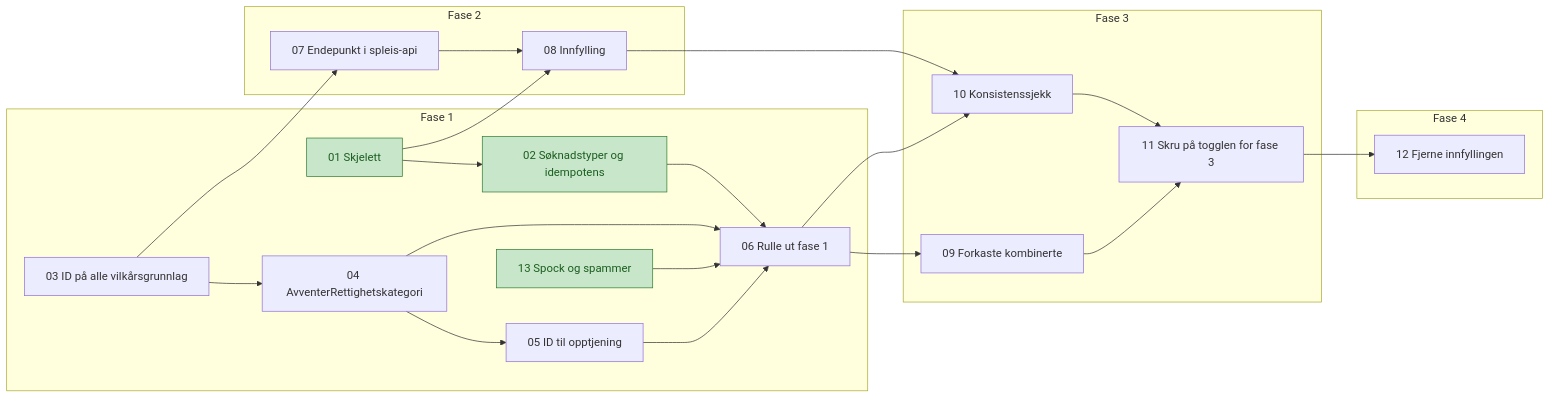
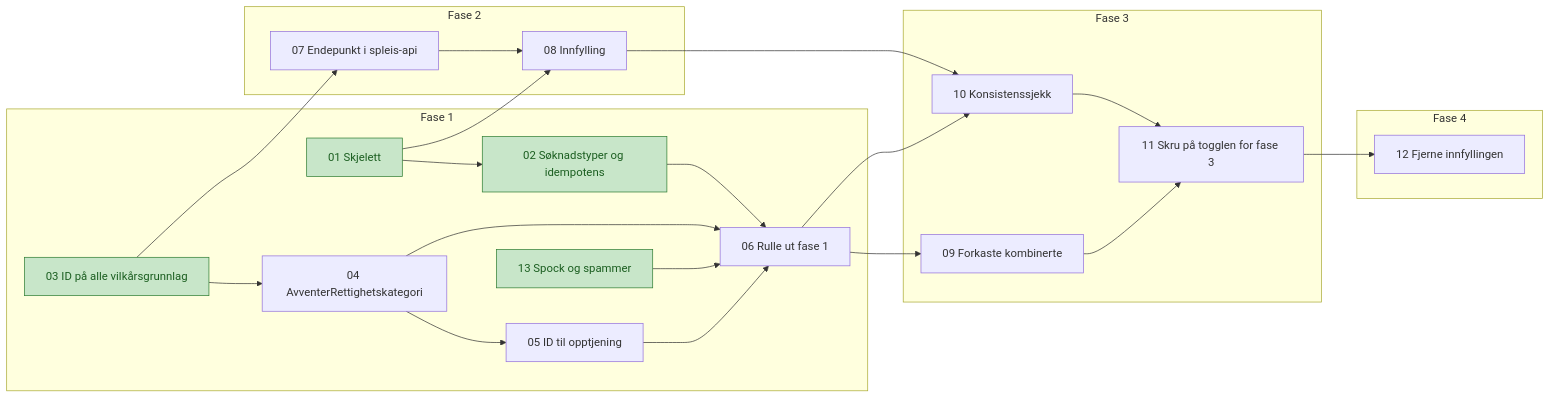
Before and after one commit to navikt/helse-sas-meta: the diagram in docs/tickets/avklare-rettighetskategori/index.md, drawn with Mermaid. The commit also changed other lines of this file and 1 other file, not shown here.

Commit message:
:white_check_mark: Ticket 03 i rettighetskategoriavklaring er ferdig

````diff
--- a/docs/tickets/avklare-rettighetskategori/index.md
+++ b/docs/tickets/avklare-rettighetskategori/index.md
@@ -21,31 +21,31 @@
 ```mermaid
 flowchart LR
     subgraph F1[Fase 1]
         T01[01 Skjelett] --> T02[02 Søknadstyper og idempotens]
         T03[03 ID på alle vilkårsgrunnlag] --> T04[04 AvventerRettighetskategori]
         T04 --> T05[05 ID til opptjening]
         T02 --> T06[06 Rulle ut fase 1]
         T04 --> T06
         T05 --> T06
         T13[13 Spock og spammer] --> T06
     end
     subgraph F2[Fase 2]
         T07[07 Endepunkt i spleis-api] --> T08[08 Innfylling]
     end
     subgraph F3[Fase 3]
         T09[09 Forkaste kombinerte] --> T11[11 Skru på togglen for fase 3]
         T10[10 Konsistenssjekk] --> T11
     end
     subgraph F4[Fase 4]
         T12[12 Fjerne innfyllingen]
     end
     T03 --> T07
     T01 --> T08
     T06 --> T09
     T06 --> T10
     T08 --> T10
     T11 --> T12
 
     classDef ferdig fill:#c8e6c9,stroke:#2e7d32,color:#1b5e20
-    class T01,T02,T13 ferdig
+    class T01,T02,T13,T03 ferdig
 ```
````
